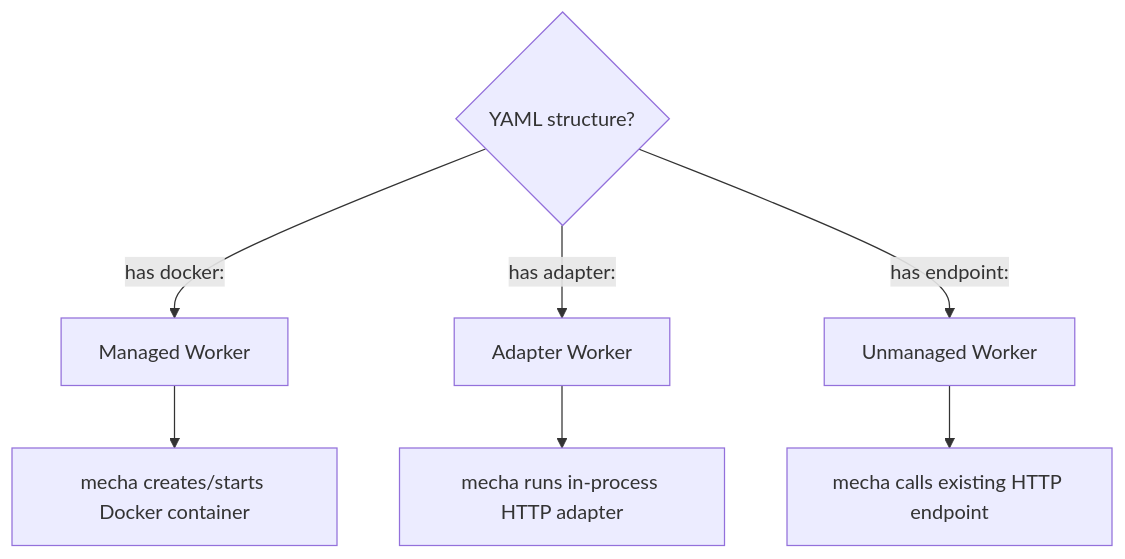
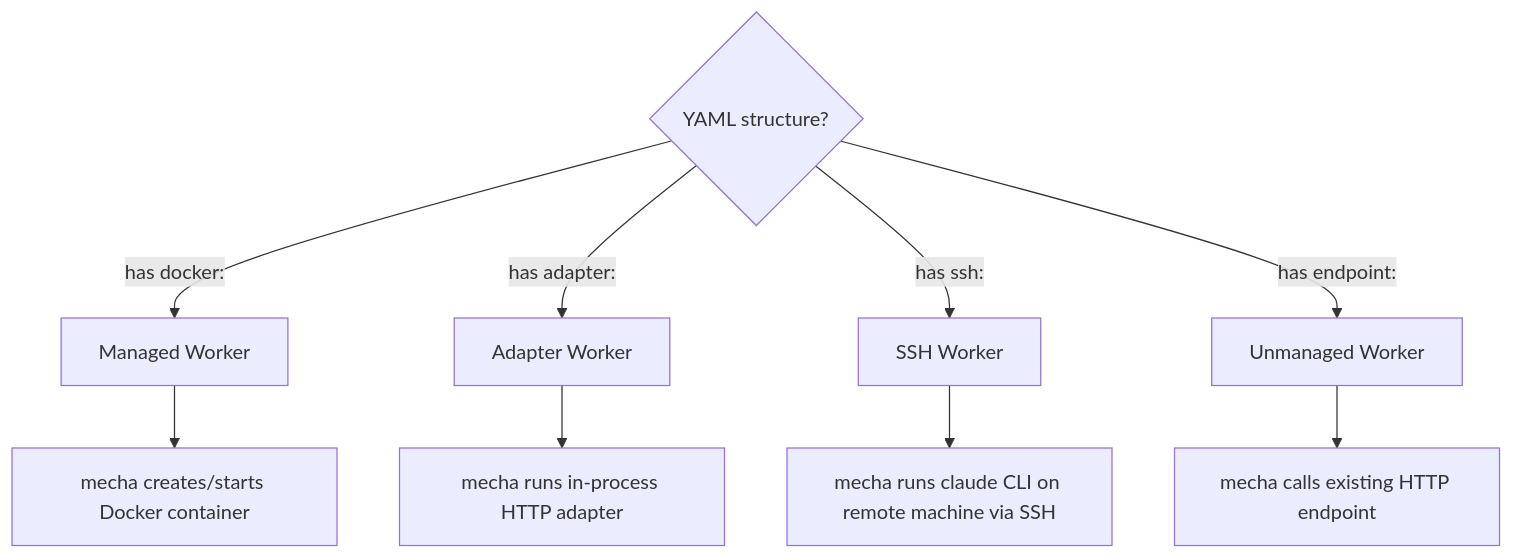
Before and after one commit to xiaolai/mecha.im: the first of 3 diagrams in website/guide/workers.md, drawn with Mermaid. The commit also changed other lines of this file and 2 other files, not shown here.

First line of the commit message:
docs: add SSH worker documentation and update rules

````diff
--- a/website/guide/workers.md
+++ b/website/guide/workers.md
@@ -12,10 +12,12 @@
 ```mermaid
 flowchart TD
     YAML{YAML structure?}
     YAML -->|has docker:| Managed[Managed Worker]
     YAML -->|has adapter:| Adapter[Adapter Worker]
+    YAML -->|has ssh:| SSH[SSH Worker]
     YAML -->|has endpoint:| Unmanaged[Unmanaged Worker]
     Managed --> Docker[mecha creates/starts Docker container]
     Adapter --> InProcess[mecha runs in-process HTTP adapter]
+    SSH --> Remote[mecha runs claude CLI on remote machine via SSH]
     Unmanaged --> Endpoint[mecha calls existing HTTP endpoint]
 ```
````
